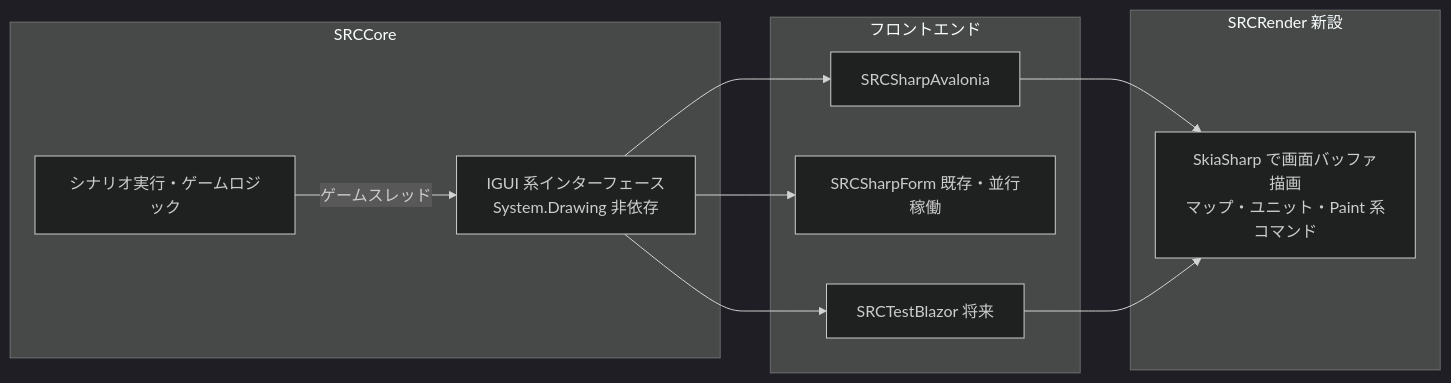
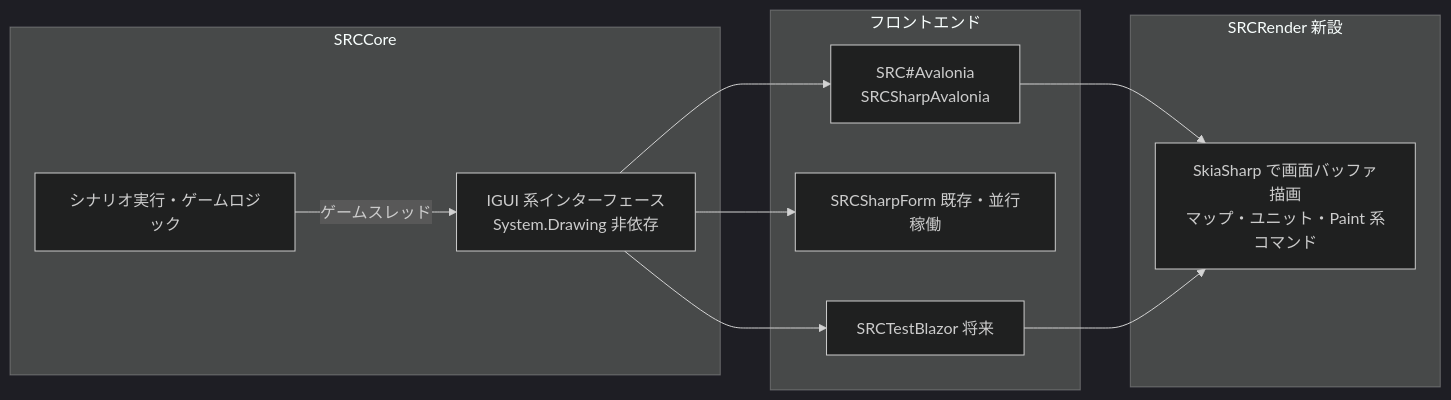
The diagram in docs/gui/gui-migration-study.md (7474/SRC), drawn with Mermaid (dark theme) before and after one commit. The commit also changed other lines of this file and 13 other files, not shown here.

````diff
--- a/docs/gui/gui-migration-study.md
+++ b/docs/gui/gui-migration-study.md
@@ -40,19 +40,19 @@
 ```mermaid
 flowchart LR
   subgraph Core[SRCCore]
     Logic[シナリオ実行・ゲームロジック]
     IGUI[IGUI 系インターフェース<br/>System.Drawing 非依存]
   end
   subgraph Render[SRCRender 新設]
     Skia[SkiaSharp で画面バッファ描画<br/>マップ・ユニット・Paint 系コマンド]
   end
   subgraph Front[フロントエンド]
-    Ava[SRCSharpAvalonia]
+    Ava[SRC#Avalonia<br/>SRCSharpAvalonia]
     WF[SRCSharpForm 既存・並行稼働]
     Web[SRCTestBlazor 将来]
   end
   Logic -->|ゲームスレッド| IGUI
   IGUI --> Ava & WF & Web
   Ava --> Skia
   Web --> Skia
 ```
````
